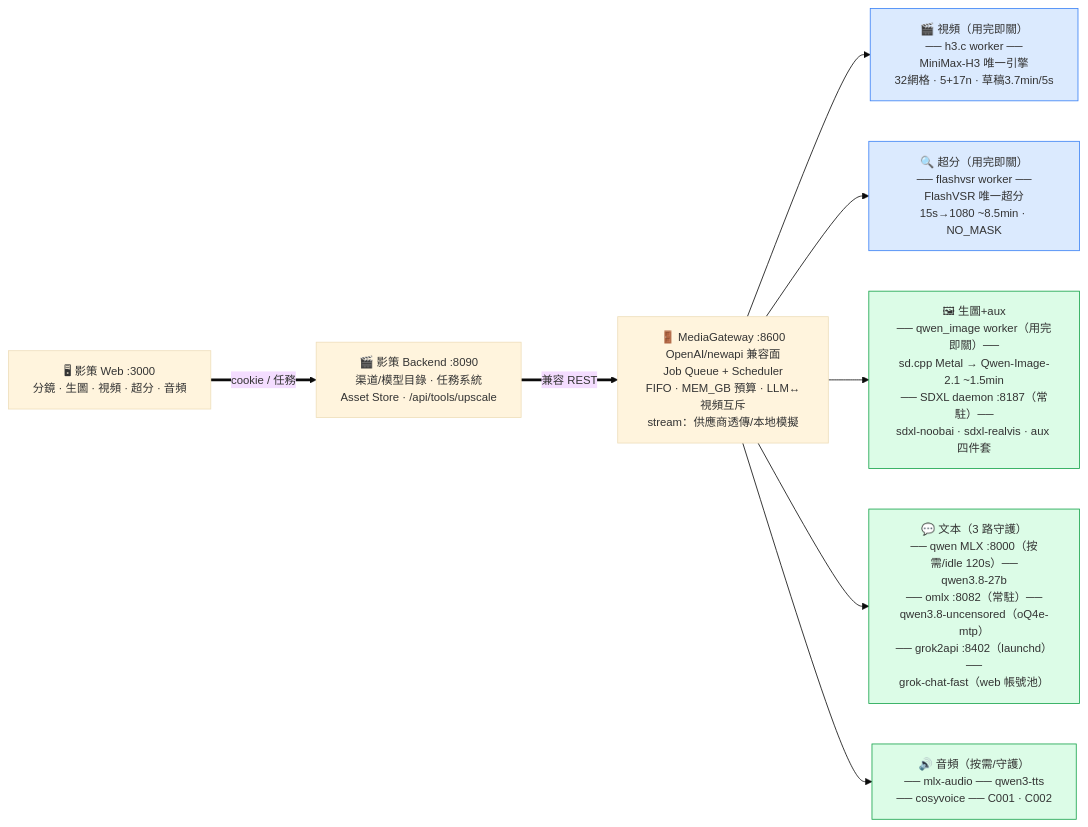
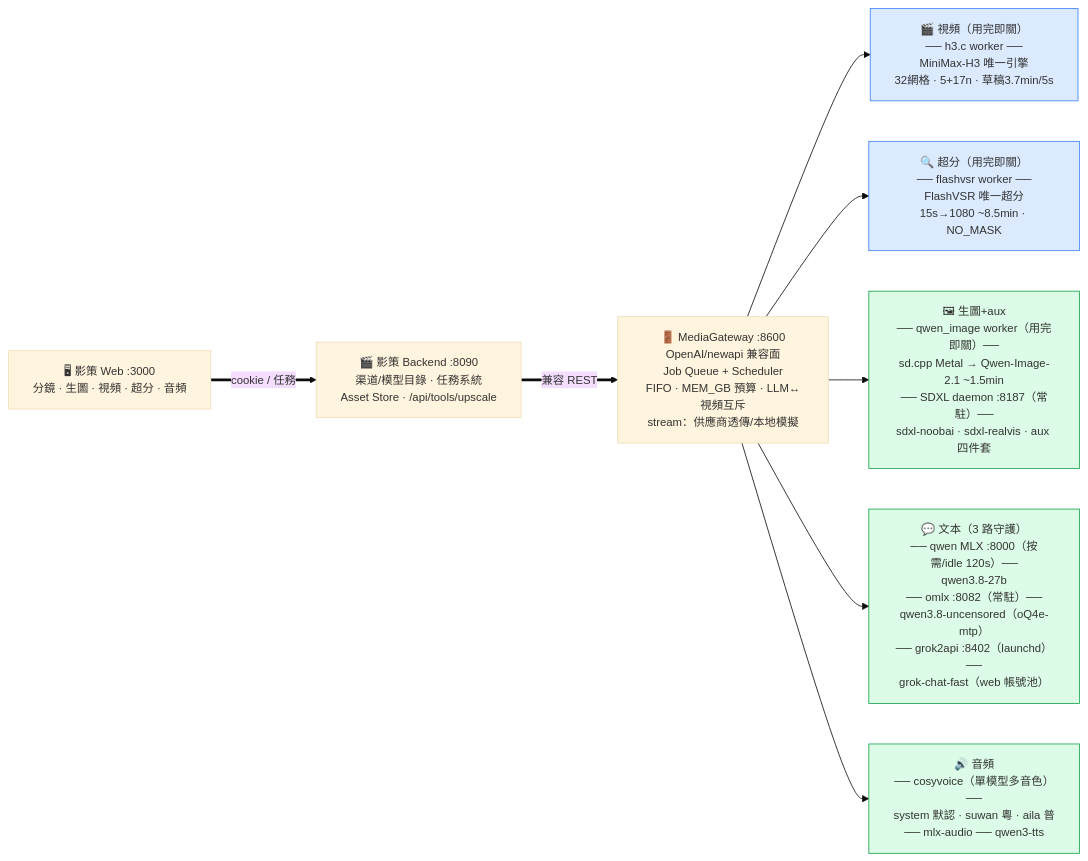
Before and after one commit to ouyexiaogongzhu/MediaGateway: the diagram in docs/architecture.md, drawn with Mermaid. The commit also changed other lines of this file, not shown here.

Commit message:
docs: 架構圖音頻域更新（cosyvoice 單模型多音色）+ 分流明細同步

````diff
--- a/docs/architecture.md
+++ b/docs/architecture.md
@@ -6,21 +6,21 @@
 ```mermaid
 %%{init:{"theme":"base","themeVariables":{"fontSize":"14px"}}}%%
 flowchart LR
     UI["🖥 影策 Web :3000<br/>分鏡 · 生圖 · 視頻 · 超分 · 音頻"]
     Y["🎬 影策 Backend :8090<br/>渠道/模型目錄 · 任務系統<br/>Asset Store · /api/tools/upscale"]
     GW["🚪 MediaGateway :8600<br/>OpenAI/newapi 兼容面<br/>Job Queue + Scheduler<br/>FIFO · MEM_GB 預算 · LLM↔視頻互斥<br/>stream：供應商透傳/本地模擬"]
 
     VIDEO["🎬 視頻（用完即關）<br/>── h3.c worker ──<br/>MiniMax-H3 唯一引擎<br/>32網格 · 5+17n · 草稿3.7min/5s"]
     UP["🔍 超分（用完即關）<br/>── flashvsr worker ──<br/>FlashVSR 唯一超分<br/>15s→1080 ~8.5min · NO_MASK"]
     IMG["🖼 生圖+aux<br/>── qwen_image worker（用完即關）──<br/>sd.cpp Metal → Qwen-Image-2.1 ~1.5min<br/>── SDXL daemon :8187（常駐）──<br/>sdxl-noobai · sdxl-realvis · aux 四件套"]
     TXT["💬 文本（3 路守護）<br/>── qwen MLX :8000（按需/idle 120s）──<br/>qwen3.8-27b<br/>── omlx :8082（常駐）──<br/>qwen3.8-uncensored（oQ4e-mtp）<br/>── grok2api :8402（launchd）──<br/>grok-chat-fast（web 帳號池）"]
-    AUD["🔊 音頻（按需/守護）<br/>── mlx-audio ── qwen3-tts<br/>── cosyvoice ── C001 · C002"]
+    AUD["🔊 音頻<br/>── cosyvoice（單模型多音色）──<br/>system 默認 · suwan 粵 · aila 普<br/>── mlx-audio ── qwen3-tts"]
 
     classDef once fill:#dbeafe,stroke:#3b82f6
     classDef daemon fill:#dcfce7,stroke:#16a34a
     class VIDEO,UP once
     class IMG,TXT,AUD daemon
 
     UI ==>|"cookie / 任務"| Y ==>|"兼容 REST"| GW
     GW --> VIDEO & UP & IMG & TXT & AUD
 ```
````
